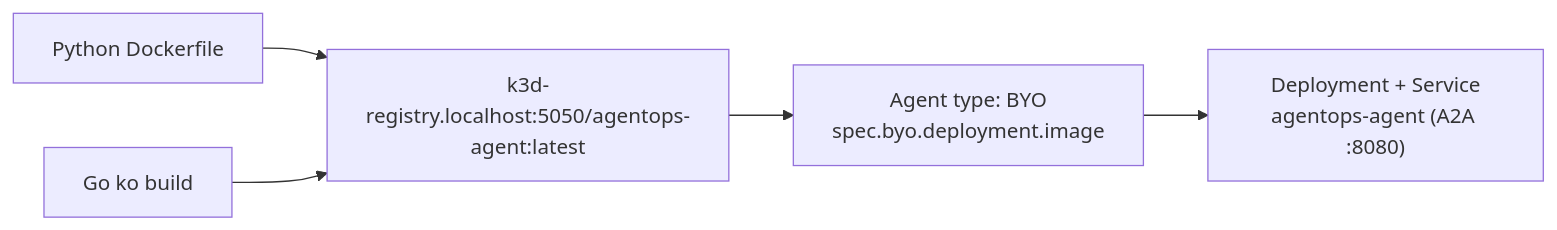
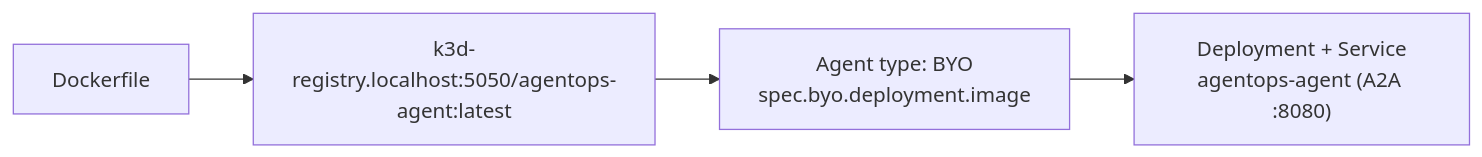
Before and after one commit to MLOps-Courses/agentops-open-course: the diagram in docs/6. Platform/6.3. Platform Agents.md, drawn with Mermaid. The commit also changed other lines of this file and 146 other files, not shown here.

````diff
--- a/docs/6. Platform/6.3. Platform Agents.md
+++ b/docs/6. Platform/6.3. Platform Agents.md
@@ -45,7 +45,6 @@
 ```mermaid
 flowchart LR
-    Py["Python Dockerfile"] --> Img["k3d-registry.localhost:5050/agentops-agent:latest"]
-    Go["Go ko build"] --> Img
+    Py["Dockerfile"] --> Img["k3d-registry.localhost:5050/agentops-agent:latest"]
     Img --> BYO["Agent type: BYO<br/>spec.byo.deployment.image"]
     BYO --> Dep["Deployment + Service<br/>agentops-agent (A2A :8080)"]
 ```
````
